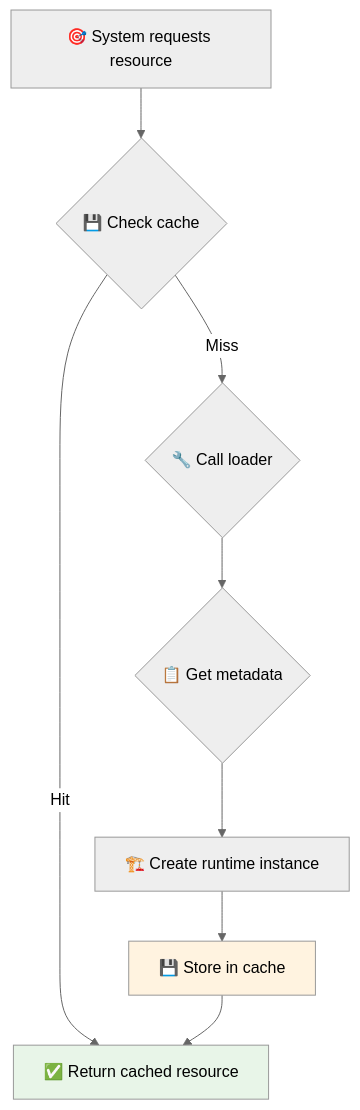
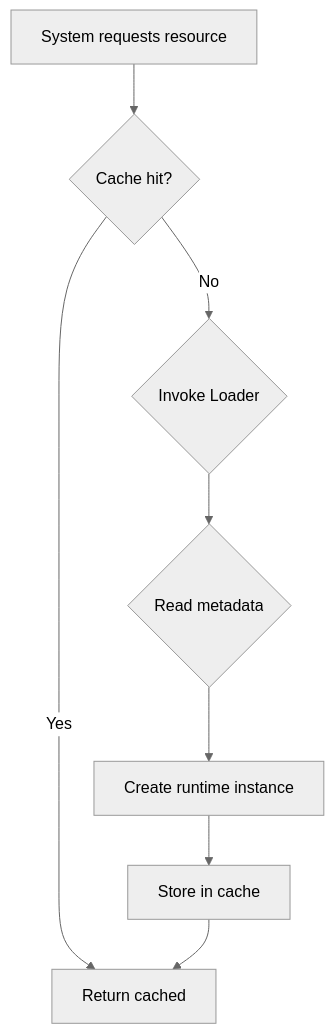
The third of 11 diagrams in ARCHITECTURE_EN.md (NGLSG/Luma), drawn with Mermaid (neutral theme) before and after one commit. The commit also changed other lines of this file and 27 other files, not shown here.

````diff
--- a/ARCHITECTURE_EN.md
+++ b/ARCHITECTURE_EN.md
@@ -95,13 +93,10 @@
 ```mermaid
 graph TD
-    A[🎯 System requests resource] --> B{💾 Check cache}
-B -->|Hit| C[✅ Return cached resource]
-B -->|Miss| D{🔧 Call loader}
-D --> E{📋 Get metadata}
-E --> F[🏗️ Create runtime instance]
-F --> G[💾 Store in cache]
-G --> C
-
-style C fill: #e8f5e8
-style G fill: #fff3e0
+    A[System requests resource] --> B{Cache hit?}
+    B -->|Yes| C[Return cached]
+    B -->|No| D{Invoke Loader}
+    D --> E{Read metadata}
+    E --> F[Create runtime instance]
+    F --> G[Store in cache]
+    G --> C
 ```
````
